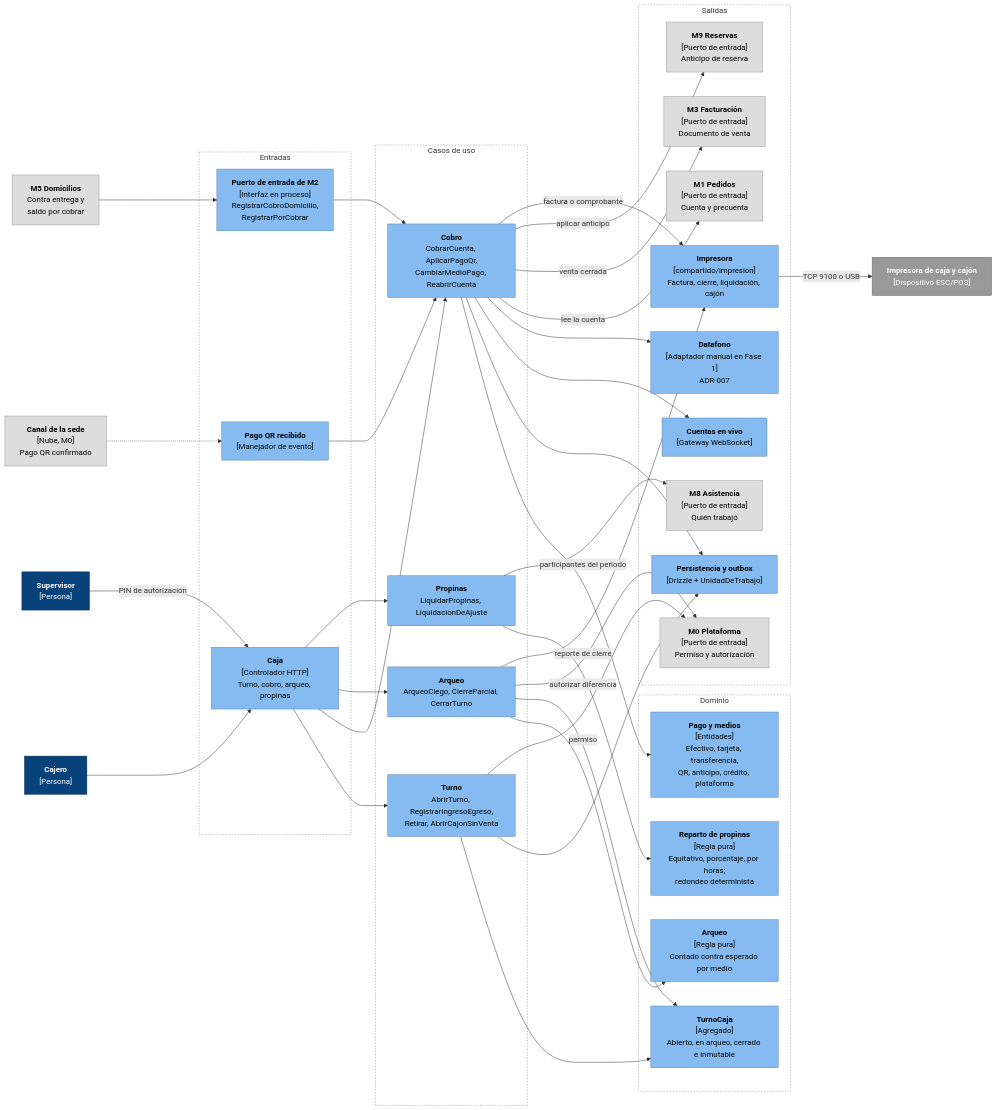
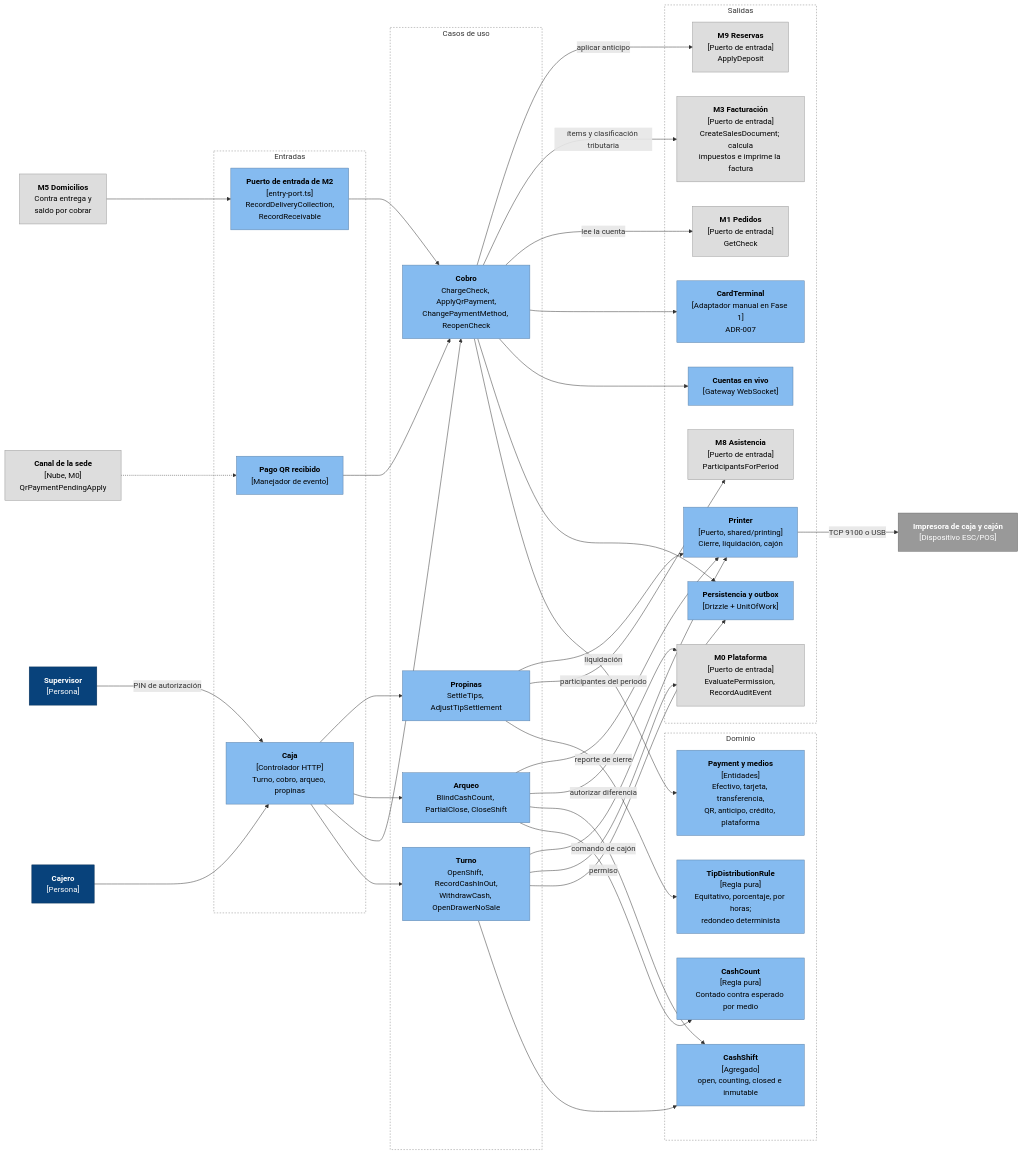
The first of 2 diagrams in docs/arquitectura/componentes/c4-m2-caja.md (CesarJOtizM/blackHole), drawn with Mermaid before and after one commit. The commit also changed other lines of this file and 159 other files, not shown here.

````diff
--- a/docs/arquitectura/componentes/c4-m2-caja.md
+++ b/docs/arquitectura/componentes/c4-m2-caja.md
@@ -14,82 +14,83 @@
 ```mermaid
 flowchart LR
-  CAJ["<b>Cajero</b><br/>[Persona]"]:::persona
+  CSH["<b>Cajero</b><br/>[Persona]"]:::persona
   SUP["<b>Supervisor</b><br/>[Persona]"]:::persona
-  CAN["<b>Canal de la sede</b><br/>[Nube, M0]<br/>Pago QR confirmado"]:::modulo
+  CHN["<b>Canal de la sede</b><br/>[Nube, M0]<br/>QrPaymentPendingApply"]:::modulo
   M5I["<b>M5 Domicilios</b><br/>Contra entrega y<br/>saldo por cobrar"]:::modulo
 
-  subgraph Entradas["Entradas"]
+  subgraph Inputs["Entradas"]
     HTTP["<b>Caja</b><br/>[Controlador HTTP]<br/>Turno, cobro, arqueo, propinas"]:::componente
     EVT["<b>Pago QR recibido</b><br/>[Manejador de evento]"]:::componente
-    PIE["<b>Puerto de entrada de M2</b><br/>[Interfaz en proceso]<br/>RegistrarCobroDomicilio,<br/>RegistrarPorCobrar"]:::componente
+    EP["<b>Puerto de entrada de M2</b><br/>[entry-port.ts]<br/>RecordDeliveryCollection,<br/>RecordReceivable"]:::componente
   end
 
-  subgraph Aplicacion["Casos de uso"]
-    UC_TUR["<b>Turno</b><br/>AbrirTurno, RegistrarIngresoEgreso,<br/>Retirar, AbrirCajonSinVenta"]:::componente
-    UC_COB["<b>Cobro</b><br/>CobrarCuenta, AplicarPagoQr,<br/>CambiarMedioPago, ReabrirCuenta"]:::componente
-    UC_ARQ["<b>Arqueo</b><br/>ArqueoCiego, CierreParcial, CerrarTurno"]:::componente
-    UC_PRO["<b>Propinas</b><br/>LiquidarPropinas, LiquidacionDeAjuste"]:::componente
+  subgraph Application["Casos de uso"]
+    UC_SHF["<b>Turno</b><br/>OpenShift, RecordCashInOut,<br/>WithdrawCash, OpenDrawerNoSale"]:::componente
+    UC_CHG["<b>Cobro</b><br/>ChargeCheck, ApplyQrPayment,<br/>ChangePaymentMethod, ReopenCheck"]:::componente
+    UC_CNT["<b>Arqueo</b><br/>BlindCashCount, PartialClose, CloseShift"]:::componente
+    UC_TIP["<b>Propinas</b><br/>SettleTips, AdjustTipSettlement"]:::componente
   end
 
-  subgraph Dominio["Dominio"]
-    D_TUR["<b>TurnoCaja</b><br/>[Agregado]<br/>Abierto, en arqueo, cerrado e inmutable"]:::componente
-    D_PAG["<b>Pago y medios</b><br/>[Entidades]<br/>Efectivo, tarjeta, transferencia,<br/>QR, anticipo, crédito, plataforma"]:::componente
-    D_ARQ["<b>Arqueo</b><br/>[Regla pura]<br/>Contado contra esperado por medio"]:::componente
-    D_REP["<b>Reparto de propinas</b><br/>[Regla pura]<br/>Equitativo, porcentaje, por horas;<br/>redondeo determinista"]:::componente
+  subgraph Domain["Dominio"]
+    D_SHF["<b>CashShift</b><br/>[Agregado]<br/>open, counting, closed e inmutable"]:::componente
+    D_PAY["<b>Payment y medios</b><br/>[Entidades]<br/>Efectivo, tarjeta, transferencia,<br/>QR, anticipo, crédito, plataforma"]:::componente
+    D_CNT["<b>CashCount</b><br/>[Regla pura]<br/>Contado contra esperado por medio"]:::componente
+    D_TIP["<b>TipDistributionRule</b><br/>[Regla pura]<br/>Equitativo, porcentaje, por horas;<br/>redondeo determinista"]:::componente
   end
 
-  subgraph Salida["Salidas"]
-    REPO["<b>Persistencia y outbox</b><br/>[Drizzle + UnidadDeTrabajo]"]:::componente
+  subgraph Outputs["Salidas"]
+    REPO["<b>Persistencia y outbox</b><br/>[Drizzle + UnitOfWork]"]:::componente
     RT["<b>Cuentas en vivo</b><br/>[Gateway WebSocket]"]:::componente
-    DAT["<b>Datafono</b><br/>[Adaptador manual en Fase 1]<br/>ADR-007"]:::componente
-    IMPR["<b>Impresora</b><br/>[compartido/impresion]<br/>Factura, cierre, liquidación, cajón"]:::componente
-    M1["<b>M1 Pedidos</b><br/>[Puerto de entrada]<br/>Cuenta y precuenta"]:::modulo
-    M3["<b>M3 Facturación</b><br/>[Puerto de entrada]<br/>Documento de venta"]:::modulo
-    M8["<b>M8 Asistencia</b><br/>[Puerto de entrada]<br/>Quién trabajó"]:::modulo
-    M9["<b>M9 Reservas</b><br/>[Puerto de entrada]<br/>Anticipo de reserva"]:::modulo
-    M0["<b>M0 Plataforma</b><br/>[Puerto de entrada]<br/>Permiso y autorización"]:::modulo
+    CT["<b>CardTerminal</b><br/>[Adaptador manual en Fase 1]<br/>ADR-007"]:::componente
+    PRN["<b>Printer</b><br/>[Puerto, shared/printing]<br/>Cierre, liquidación, cajón"]:::componente
+    M1["<b>M1 Pedidos</b><br/>[Puerto de entrada]<br/>GetCheck"]:::modulo
+    M3["<b>M3 Facturación</b><br/>[Puerto de entrada]<br/>CreateSalesDocument; calcula<br/>impuestos e imprime la factura"]:::modulo
+    M8["<b>M8 Asistencia</b><br/>[Puerto de entrada]<br/>ParticipantsForPeriod"]:::modulo
+    M9["<b>M9 Reservas</b><br/>[Puerto de entrada]<br/>ApplyDeposit"]:::modulo
+    M0["<b>M0 Plataforma</b><br/>[Puerto de entrada]<br/>EvaluatePermission, RecordAuditEvent"]:::modulo
   end
 
-  IMP["<b>Impresora de caja y cajón</b><br/>[Dispositivo ESC/POS]"]:::externo
+  PRT["<b>Impresora de caja y cajón</b><br/>[Dispositivo ESC/POS]"]:::externo
 
-  CAJ --> HTTP
+  CSH --> HTTP
   SUP -- "PIN de autorización" --> HTTP
-  CAN -.-> EVT
-  M5I --> PIE
+  CHN -.-> EVT
+  M5I --> EP
 
-  HTTP --> UC_TUR
-  HTTP --> UC_COB
-  HTTP --> UC_ARQ
-  HTTP --> UC_PRO
-  EVT --> UC_COB
-  PIE --> UC_COB
+  HTTP --> UC_SHF
+  HTTP --> UC_CHG
+  HTTP --> UC_CNT
+  HTTP --> UC_TIP
+  EVT --> UC_CHG
+  EP --> UC_CHG
 
-  UC_TUR --> D_TUR
-  UC_COB --> D_PAG
-  UC_ARQ --> D_ARQ
-  UC_ARQ --> D_TUR
-  UC_PRO --> D_REP
+  UC_SHF --> D_SHF
+  UC_CHG --> D_PAY
+  UC_CNT --> D_CNT
+  UC_CNT --> D_SHF
+  UC_TIP --> D_TIP
 
-  UC_TUR --> REPO
-  UC_COB --> REPO
-  UC_COB --> RT
-  UC_COB --> DAT
-  UC_COB -- "lee la cuenta" --> M1
-  UC_COB -- "venta cerrada" --> M3
-  UC_COB -- "aplicar anticipo" --> M9
-  UC_PRO -- "participantes del periodo" --> M8
-  UC_TUR -- "permiso" --> M0
-  UC_ARQ -- "autorizar diferencia" --> M0
-  UC_COB -- "factura o comprobante" --> IMPR
-  UC_ARQ -- "reporte de cierre" --> IMPR
-  IMPR -- "TCP 9100 o USB" --> IMP
+  UC_SHF --> REPO
+  UC_CHG --> REPO
+  UC_CHG --> RT
+  UC_CHG --> CT
+  UC_CHG -- "lee la cuenta" --> M1
+  UC_CHG -- "ítems y clasificación tributaria" --> M3
+  UC_CHG -- "aplicar anticipo" --> M9
+  UC_TIP -- "participantes del periodo" --> M8
+  UC_SHF -- "permiso" --> M0
+  UC_CNT -- "autorizar diferencia" --> M0
+  UC_SHF -- "comando de cajón" --> PRN
+  UC_CNT -- "reporte de cierre" --> PRN
+  UC_TIP -- "liquidación" --> PRN
+  PRN -- "TCP 9100 o USB" --> PRT
 
   classDef persona fill:#08427b,stroke:#052e56,color:#fff
   classDef componente fill:#85bbf0,stroke:#5d82a8,color:#000
   classDef modulo fill:#dddddd,stroke:#999999,color:#000
   classDef externo fill:#999999,stroke:#6b6b6b,color:#fff
-  style Entradas fill:none,stroke:#888,stroke-dasharray: 3 3
-  style Aplicacion fill:none,stroke:#888,stroke-dasharray: 3 3
-  style Dominio fill:none,stroke:#888,stroke-dasharray: 3 3
-  style Salida fill:none,stroke:#888,stroke-dasharray: 3 3
+  style Inputs fill:none,stroke:#888,stroke-dasharray: 3 3
+  style Application fill:none,stroke:#888,stroke-dasharray: 3 3
+  style Domain fill:none,stroke:#888,stroke-dasharray: 3 3
+  style Outputs fill:none,stroke:#888,stroke-dasharray: 3 3
 ```
````
